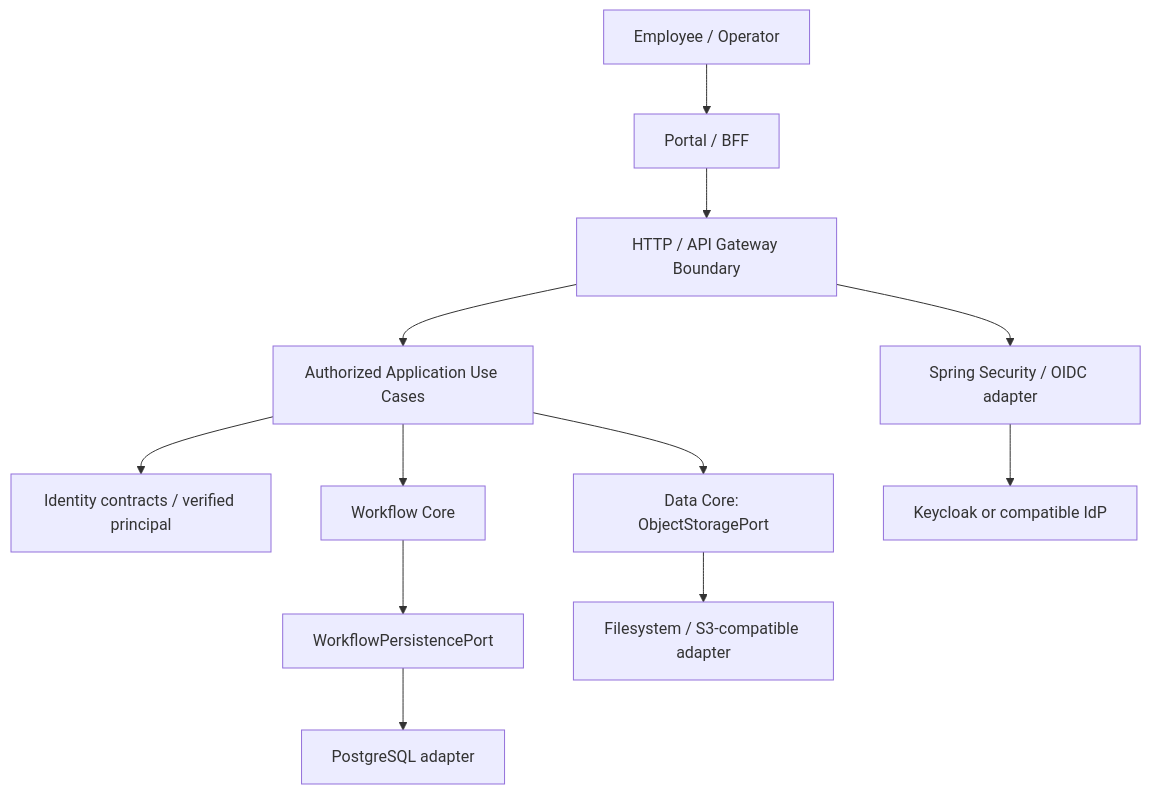
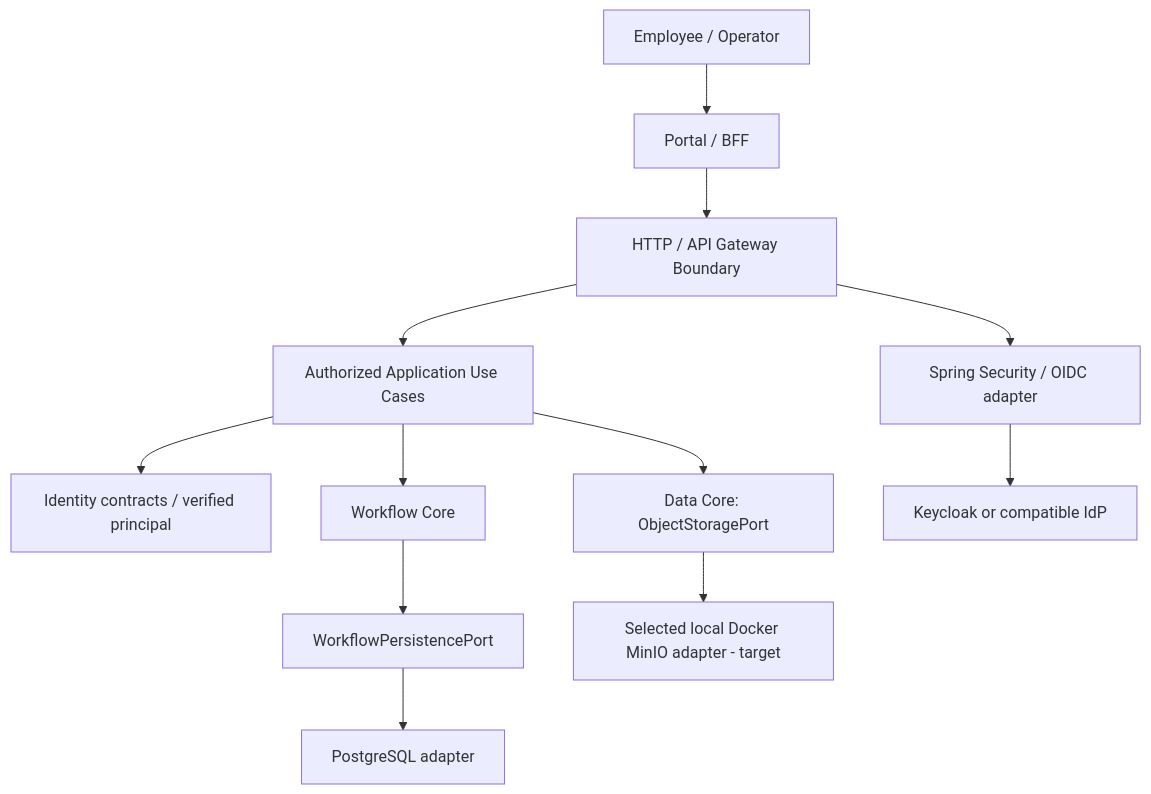
Before and after one commit to lexuanbao258-collab/dxos-open-core: the diagram in docs/00-project/project-overview.md, drawn with Mermaid. The commit also changed other lines of this file and 108 other files, not shown here.

Commit message:
docs(architecture): align storage decision with MinIO MVP

````diff
--- a/docs/00-project/project-overview.md
+++ b/docs/00-project/project-overview.md
@@ -33,14 +33,14 @@
 ```mermaid
 flowchart TD
     User[Employee / Operator] --> Portal[Portal / BFF]
     Portal --> Gateway[HTTP / API Gateway Boundary]
     Gateway --> App[Authorized Application Use Cases]
     App --> Identity[Identity contracts / verified principal]
     App --> Workflow[Workflow Core]
     App --> Data[Data Core: ObjectStoragePort]
     Workflow --> WPort[WorkflowPersistencePort]
     WPort --> Pg[PostgreSQL adapter]
-    Data --> Storage[Filesystem / S3-compatible adapter]
+    Data --> Storage[Selected local Docker MinIO adapter - target]
     Gateway --> Security[Spring Security / OIDC adapter]
     Security --> IdP[Keycloak or compatible IdP]
 ```
````
